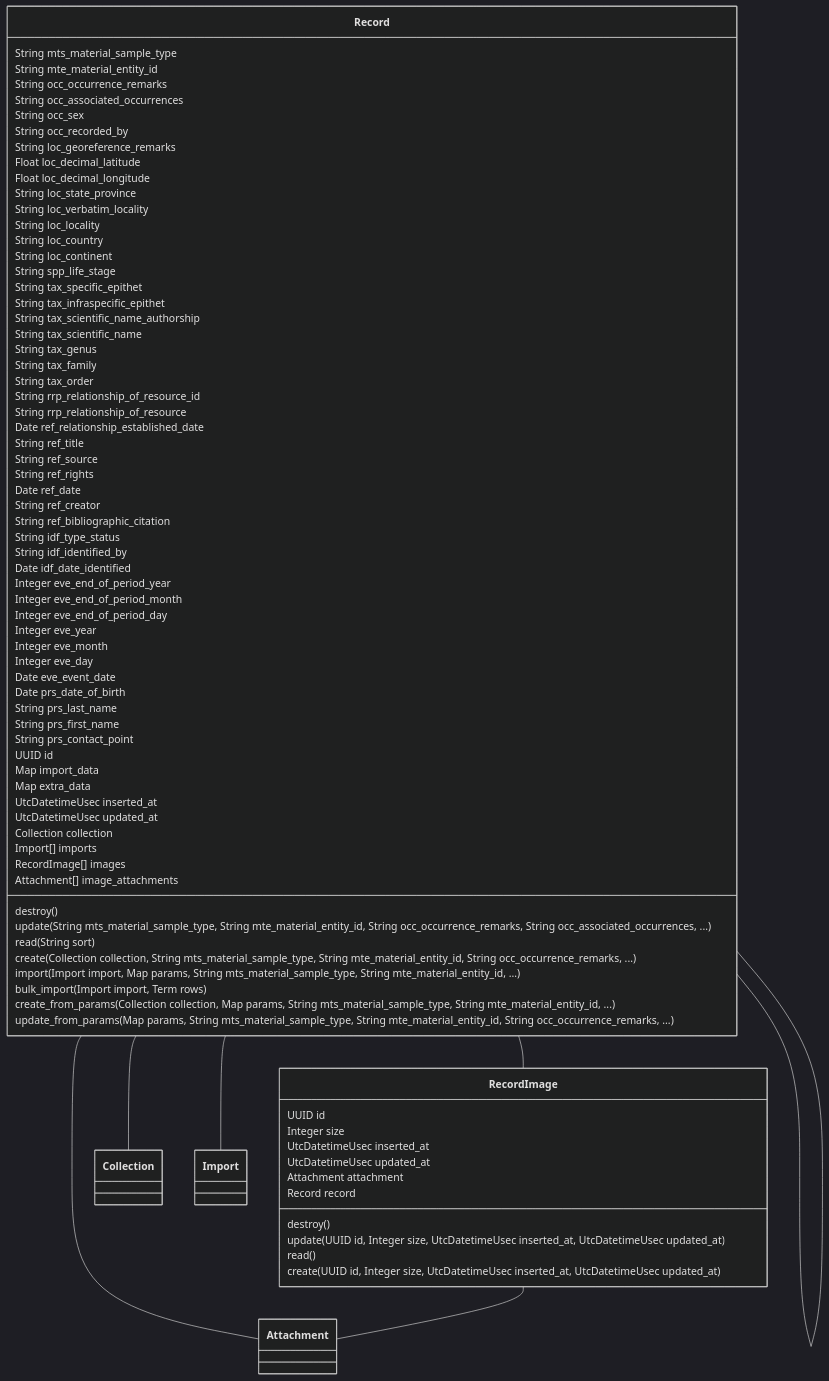
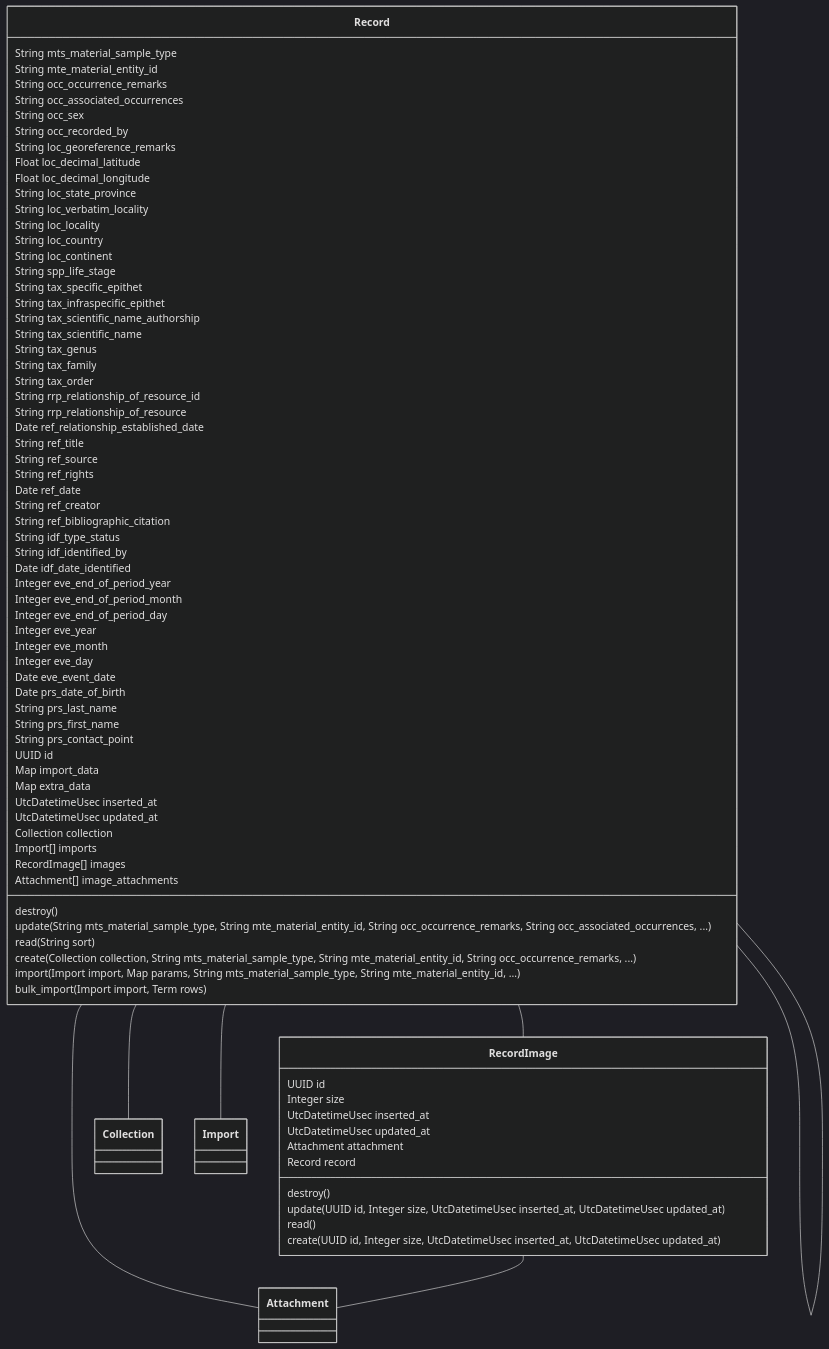
One commit to zebbra/data_aggregator changed the diagram in lib/data_aggregator/data/data-mermaid-class-diagram.md. Above: the diagram before and after it, drawn with Mermaid (dark theme). The commit also changed 11 other files, not shown here.

```diff
--- a/lib/data_aggregator/data/data-mermaid-class-diagram.md
+++ b/lib/data_aggregator/data/data-mermaid-class-diagram.md
@@ -61,8 +61,6 @@
         create(Collection collection, String mts_material_sample_type, String mte_material_entity_id, String occ_occurrence_remarks, ...)
         import(Import import, Map params, String mts_material_sample_type, String mte_material_entity_id, ...)
         bulk_import(Import import, Term rows)
-        create_from_params(Collection collection, Map params, String mts_material_sample_type, String mte_material_entity_id, ...)
-        update_from_params(Map params, String mts_material_sample_type, String mte_material_entity_id, String occ_occurrence_remarks, ...)
     }
     class RecordImage {
         UUID id
```
